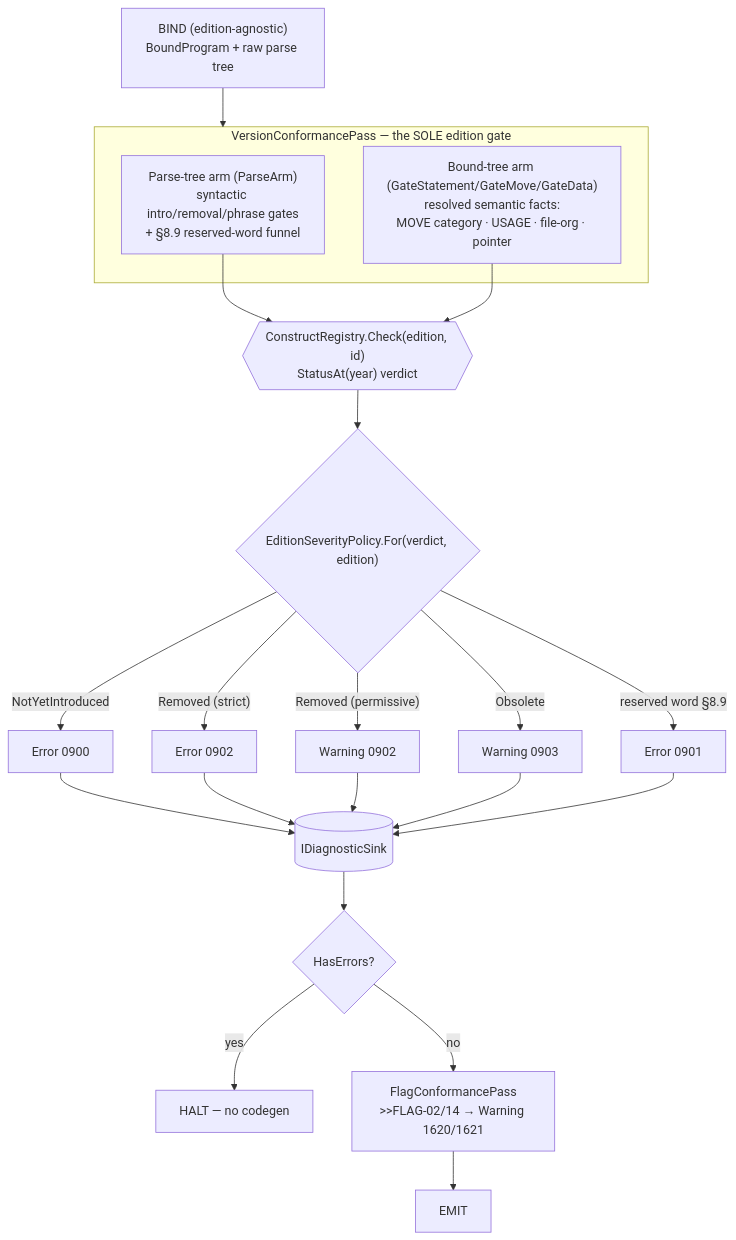
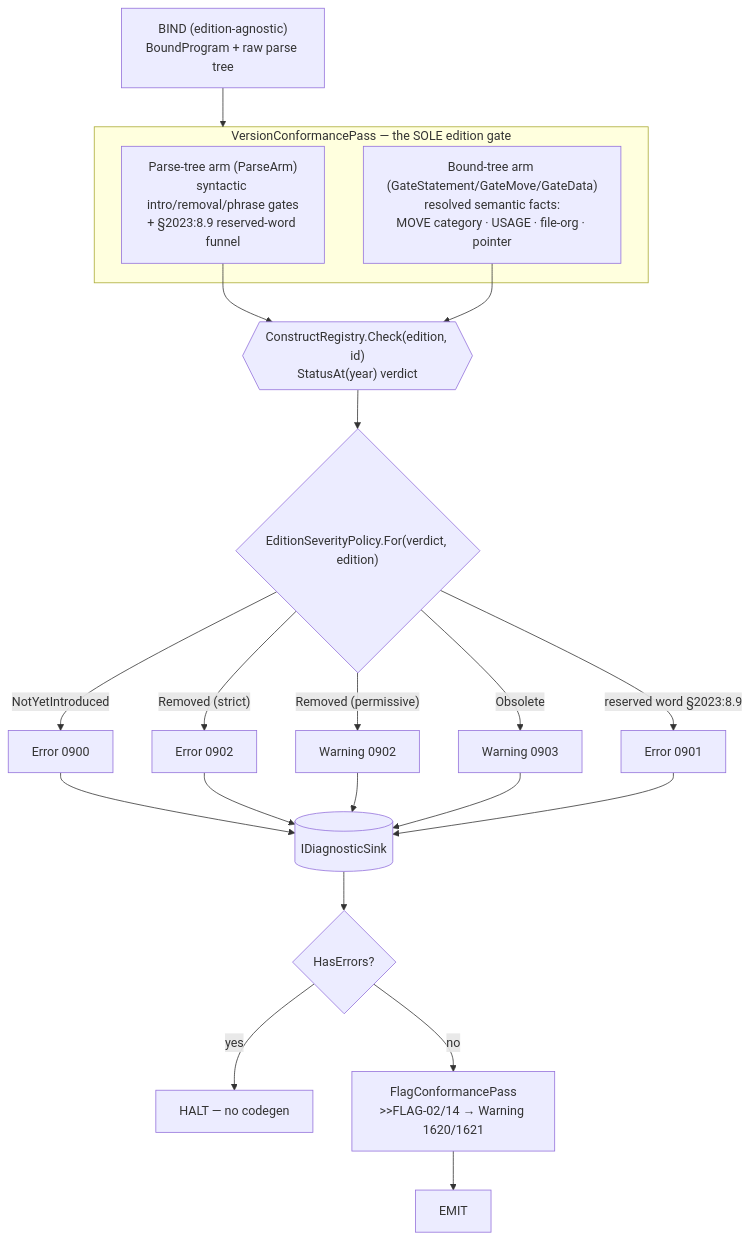
The diagram in kb/Diagrams/Semantic Validation Flow.md (WiseOwlSoftware/COBOL), drawn with Mermaid before and after one commit. The commit also changed other lines of this file and 6309 other files, not shown here.

````diff
--- a/kb/Diagrams/Semantic Validation Flow.md
+++ b/kb/Diagrams/Semantic Validation Flow.md
@@ -18,28 +18,28 @@
 ```mermaid
 flowchart TD
     BIND["BIND (edition-agnostic)\nBoundProgram + raw parse tree"] --> VCP
     subgraph VCP["VersionConformancePass — the SOLE edition gate"]
-        A1["Parse-tree arm (ParseArm)\nsyntactic intro/removal/phrase gates\n+ §8.9 reserved-word funnel"]
+        A1["Parse-tree arm (ParseArm)\nsyntactic intro/removal/phrase gates\n+ §2023:8.9 reserved-word funnel"]
         A2["Bound-tree arm (GateStatement/GateMove/GateData)\nresolved semantic facts:\nMOVE category · USAGE · file-org · pointer"]
     end
     A1 --> CHK
     A2 --> CHK
     CHK{{"ConstructRegistry.Check(edition, id)\nStatusAt(year) verdict"}}
     CHK --> POL
     POL{"EditionSeverityPolicy.For(verdict, edition)"}
     POL -->|NotYetIntroduced| E0900["Error 0900"]
     POL -->|"Removed (strict)"| E0902["Error 0902"]
     POL -->|"Removed (permissive)"| W0902["Warning 0902"]
     POL -->|Obsolete| W0903["Warning 0903"]
-    POL -->|reserved word §8.9| E0901["Error 0901"]
+    POL -->|reserved word §2023:8.9| E0901["Error 0901"]
     E0900 --> SINK
     E0902 --> SINK
     W0902 --> SINK
     W0903 --> SINK
     E0901 --> SINK
     SINK[("IDiagnosticSink")] --> GATE
     GATE{"HasErrors?"}
     GATE -->|yes| HALT["HALT — no codegen"]
     GATE -->|no| FLAG["FlagConformancePass\n>>FLAG-02/14 → Warning 1620/1621"]
     FLAG --> EMIT["EMIT"]
 ```
````
